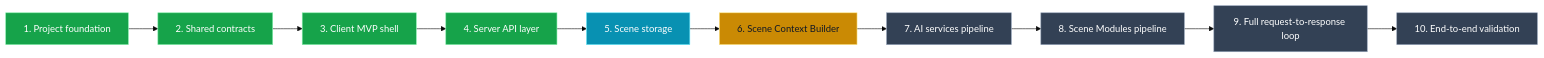
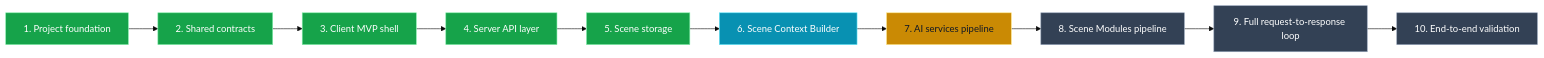
The second of 2 diagrams in readme.md (AgentDan/AIproject), drawn with Mermaid (base theme) before and after one commit. The commit also changed other lines of this file and 3 other files, not shown here.

````diff
--- a/readme.md
+++ b/readme.md
@@ -418,28 +442,28 @@
 ```mermaid
 flowchart LR
   S1["1. Project foundation"] --> S2["2. Shared contracts"]
   S2 --> S3["3. Client MVP shell"]
   S3 --> S4["4. Server API layer"]
   S4 --> S5["5. Scene storage"]
   S5 --> S6["6. Scene Context Builder"]
   S6 --> S7["7. AI services pipeline"]
   S7 --> S8["8. Scene Modules pipeline"]
   S8 --> S9["9. Full request-to-response loop"]
   S9 --> S10["10. End-to-end validation"]
 
   S1:::done
   S2:::done
   S3:::done
   S4:::done
-  S5:::current
-  S6:::next
-  S7:::pending
+  S5:::done
+  S6:::current
+  S7:::next
   S8:::pending
   S9:::pending
   S10:::pending
 
   classDef done fill:#16a34a,stroke:#86efac,color:#ffffff
   classDef current fill:#0891b2,stroke:#67e8f9,color:#ffffff
   classDef next fill:#ca8a04,stroke:#fde68a,color:#111827
   classDef pending fill:#334155,stroke:#94a3b8,color:#ffffff
 ```
````
